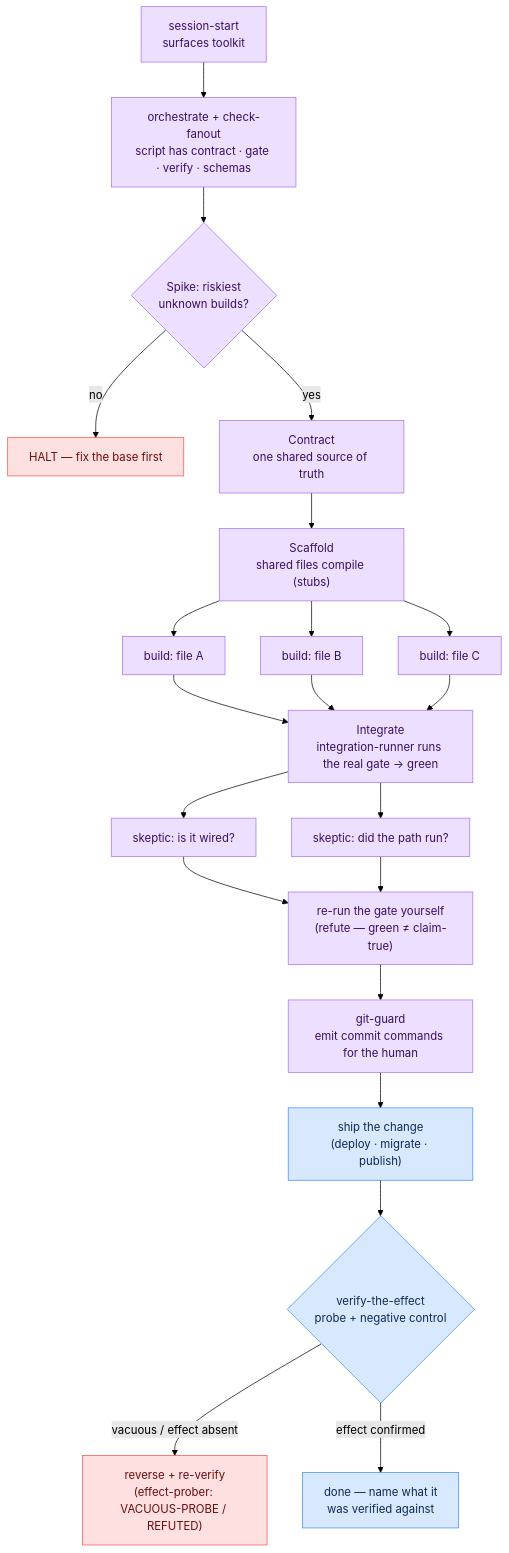
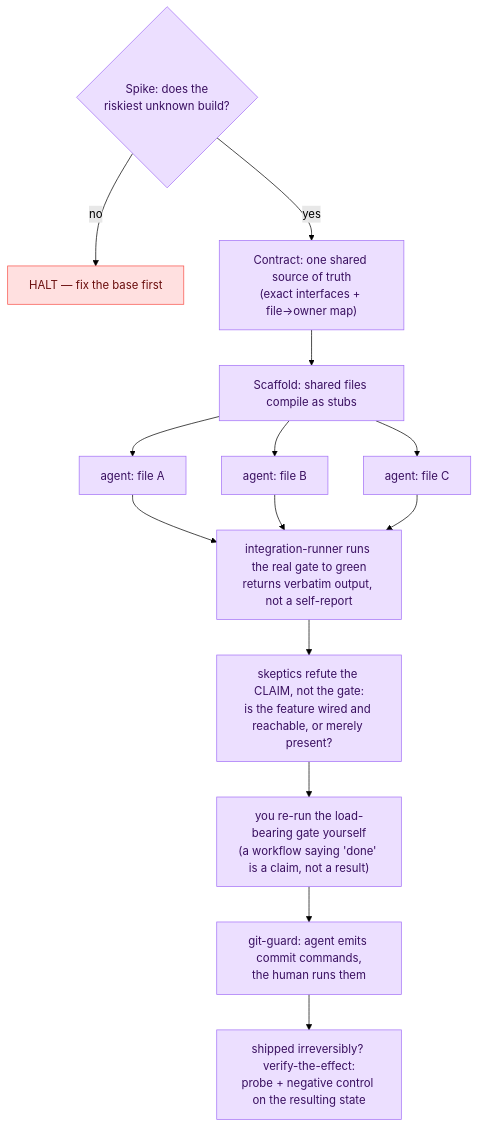
The third of 3 diagrams in README.md (hossainpazooki/rigor), drawn with Mermaid (forest theme) before and after one commit. The commit also changed other lines of this file, not shown here.

Commit message:
docs(readme): rewrite for point-first onboarding; status table synced to ledger

````diff
--- a/README.md
+++ b/README.md
@@ -120,31 +111,17 @@
 ```mermaid
 flowchart TD
-    S0["session-start<br/>surfaces toolkit"] --> S1["orchestrate + check-fanout<br/>script has contract · gate · verify · schemas"]
-    S1 --> SP{"Spike: riskiest<br/>unknown builds?"}
-    SP -->|no| H["HALT — fix the base first"]
-    SP -->|yes| C["Contract<br/>one shared source of truth"]
-    C --> SC["Scaffold<br/>shared files compile (stubs)"]
-    SC --> B1["build: file A"]
-    SC --> B2["build: file B"]
-    SC --> B3["build: file C"]
-    B1 --> IG["Integrate<br/>integration-runner runs the real gate → green"]
-    B2 --> IG
-    B3 --> IG
-    IG --> V1["skeptic: is it wired?"]
-    IG --> V2["skeptic: did the path run?"]
-    V1 --> RV["re-run the gate yourself<br/>(refute — green ≠ claim-true)"]
-    V2 --> RV
-    RV --> GC["git-guard<br/>emit commit commands for the human"]
-    GC --> SHIP["ship the change<br/>(deploy · migrate · publish)"]
-    SHIP --> VTE2{"verify-the-effect<br/>probe + negative control"}
-    VTE2 -->|"vacuous / effect absent"| REV["reverse + re-verify<br/>(effect-prober: VACUOUS-PROBE / REFUTED)"]
-    VTE2 -->|"effect confirmed"| DONE["done — name what it<br/>was verified against"]
+    SP{"Spike: does the<br/>riskiest unknown build?"} -->|no| H["HALT — fix the base first"]
+    SP -->|yes| C["Contract: one shared source of truth<br/>(exact interfaces + file→owner map)"]
+    C --> SC["Scaffold: shared files compile as stubs"]
+    SC --> B1["agent: file A"] & B2["agent: file B"] & B3["agent: file C"]
+    B1 & B2 & B3 --> IG["integration-runner runs the real gate to green<br/>returns verbatim output, not a self-report"]
+    IG --> SKV["skeptics refute the CLAIM, not the gate:<br/>is the feature wired and reachable, or merely present?"]
+    SKV --> RV["you re-run the load-bearing gate yourself<br/>(a workflow saying 'done' is a claim, not a result)"]
+    RV --> GC["git-guard: agent emits commit commands,<br/>the human runs them"]
+    GC --> VE["shipped irreversibly? verify-the-effect:<br/>probe + negative control on the resulting state"]
 
     classDef p3 fill:#ecdfff,stroke:#a371f7,color:#3a1060;
-    classDef p2 fill:#d8e9ff,stroke:#388bfd,color:#0d2b52;
     classDef halt fill:#ffe0e0,stroke:#f85149,color:#6a0d0d;
-    class S0,S1,SP,C,SC,B1,B2,B3,IG,V1,V2,RV,GC p3;
-    class SHIP,VTE2,DONE p2;
-    class REV halt;
+    class SP,C,SC,B1,B2,B3,IG,SKV,RV,GC,VE p3;
     class H halt;
 ```
````
